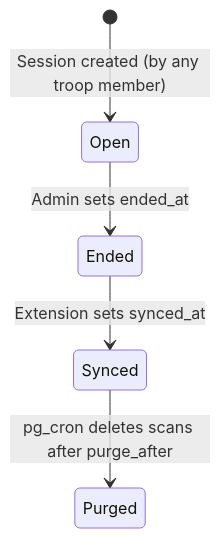
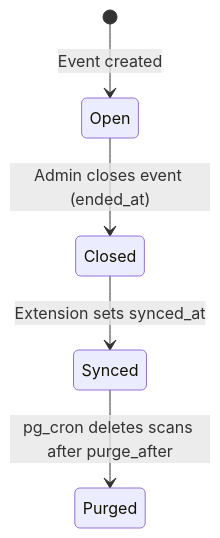
The second of 2 diagrams in docs/architecture/04_scan_lifecycle.md (jerome-smith01/tlc-attendance-saas), drawn with Mermaid before and after one commit. The commit also changed other lines of this file and 6 other files, not shown here.

````diff
--- a/docs/architecture/04_scan_lifecycle.md
+++ b/docs/architecture/04_scan_lifecycle.md
@@ -27,7 +27,7 @@
 ```mermaid
 stateDiagram-v2
-    [*] --> Open : Session created (by any troop member)
-    Open --> Ended : Admin sets ended_at
-    Ended --> Synced : Extension sets synced_at
+    [*] --> Open : Event created
+    Open --> Closed : Admin closes event (ended_at)
+    Closed --> Synced : Extension sets synced_at
     Synced --> Purged : pg_cron deletes scans after purge_after
 ```
````
